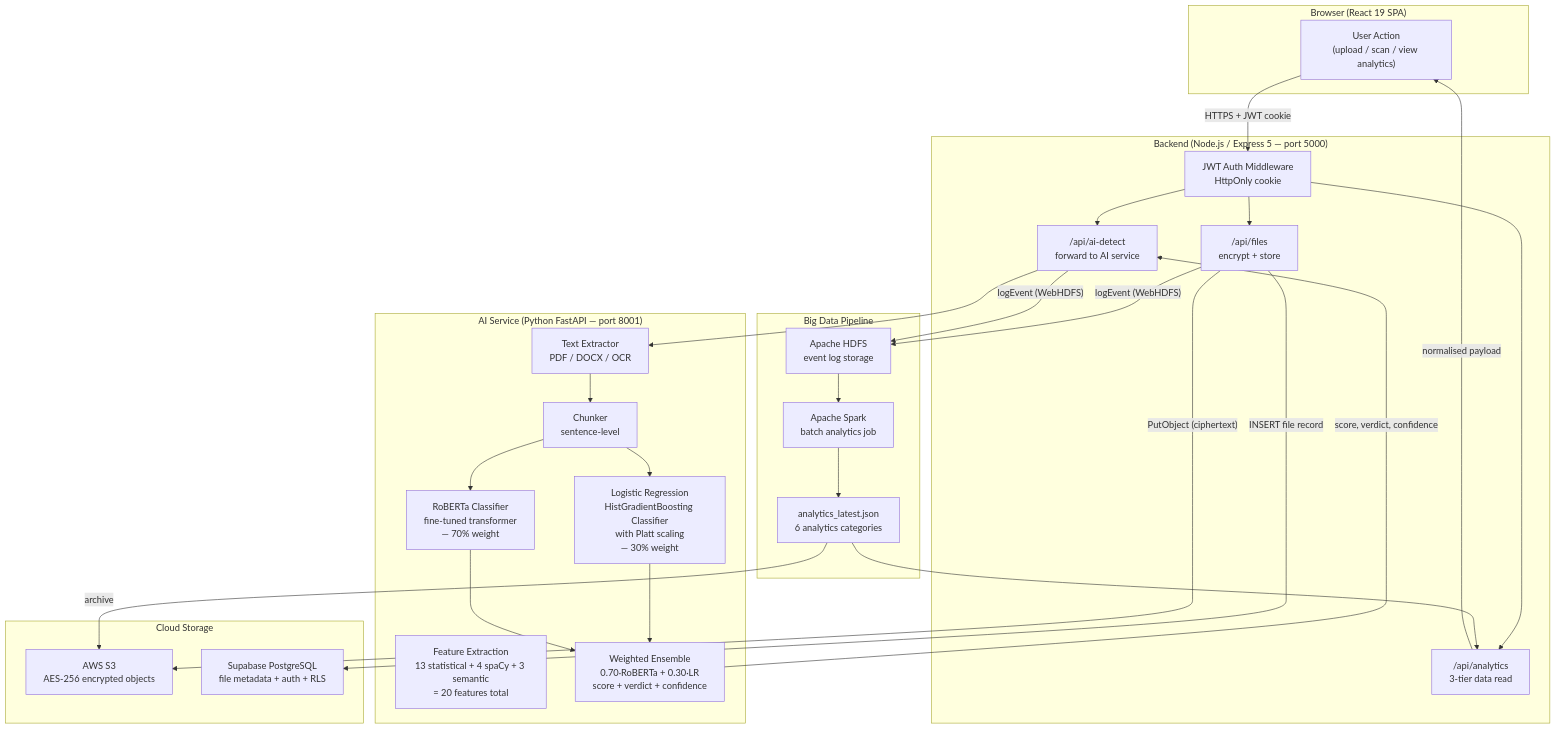
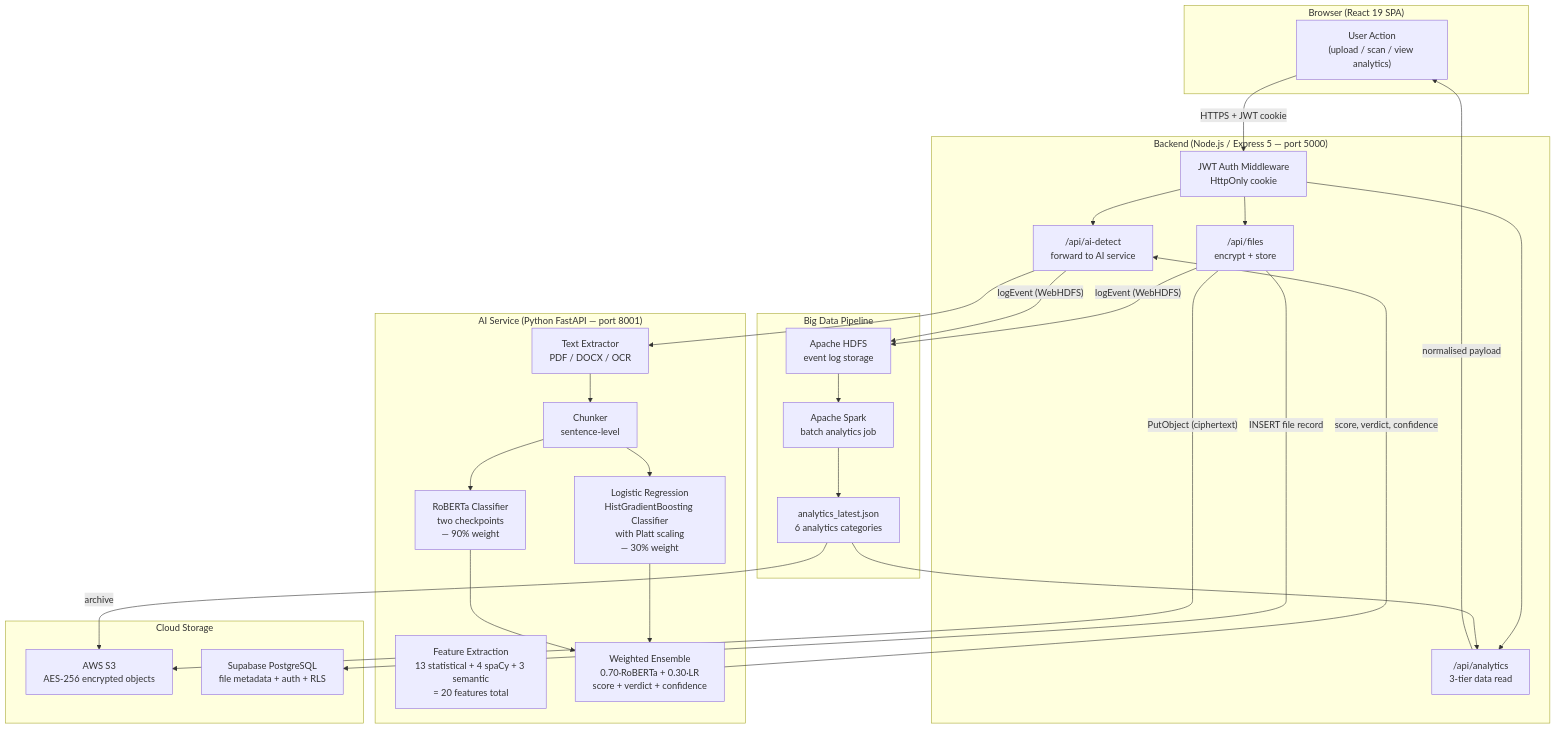
Before and after one commit to securitywithhem/vaultiq: the first of 10 diagrams in README.md, drawn with Mermaid. The commit also changed other lines of this file and 21 other files, not shown here.

````diff
--- a/README.md
+++ b/README.md
@@ -166,59 +166,59 @@
 ```mermaid
 flowchart TD
     subgraph Browser["Browser (React 19 SPA)"]
         UI["User Action<br/>(upload / scan / view analytics)"]
     end
 
     subgraph Backend["Backend (Node.js / Express 5 — port 5000)"]
         Auth["JWT Auth Middleware<br/>HttpOnly cookie"]
         FileRoute["/api/files<br/>encrypt + store"]
         AIRoute["/api/ai-detect<br/>forward to AI service"]
         AnalyticsRoute["/api/analytics<br/>3-tier data read"]
     end
 
     subgraph Storage["Cloud Storage"]
         S3["AWS S3<br/>AES-256 encrypted objects"]
         DB["Supabase PostgreSQL<br/>file metadata + auth + RLS"]
     end
 
     subgraph AIService["AI Service (Python FastAPI — port 8001)"]
         Extract["Text Extractor<br/>PDF / DOCX / OCR"]
         Chunk["Chunker<br/>sentence-level"]
         Features["Feature Extraction<br/>13 statistical + 4 spaCy + 3 semantic<br/>= 20 features total"]
         StatModel["Logistic Regression<br/>HistGradientBoosting Classifier<br/>with Platt scaling<br/>— 30% weight"]
-        RoBERTa["RoBERTa Classifier<br/>fine-tuned transformer<br/>— 70% weight"]
+        RoBERTa["RoBERTa Classifier<br/>two checkpoints<br/>— 90% weight"]
         Ensemble["Weighted Ensemble<br/>0.70·RoBERTa + 0.30·LR<br/>score + verdict + confidence"]
     end
 
     subgraph BigData["Big Data Pipeline"]
         HDFS["Apache HDFS<br/>event log storage"]
         Spark["Apache Spark<br/>batch analytics job"]
         Results["analytics_latest.json<br/>6 analytics categories"]
     end
 
     UI -->|"HTTPS + JWT cookie"| Auth
     Auth --> FileRoute
     Auth --> AIRoute
     Auth --> AnalyticsRoute
 
     FileRoute -->|"PutObject (ciphertext)"| S3
     FileRoute -->|"INSERT file record"| DB
 
     AIRoute --> Extract
     Extract --> Chunk
     Chunk --> StatModel
     Chunk --> RoBERTa
     StatModel --> Ensemble
     RoBERTa --> Ensemble
     Ensemble -->|"score, verdict, confidence"| AIRoute
 
     FileRoute -->|"logEvent (WebHDFS)"| HDFS
     AIRoute -->|"logEvent (WebHDFS)"| HDFS
 
     HDFS --> Spark
     Spark --> Results
     Results --> AnalyticsRoute
     Results -->|"archive"| S3
 
     AnalyticsRoute -->|"normalised payload"| UI
 ```
````
